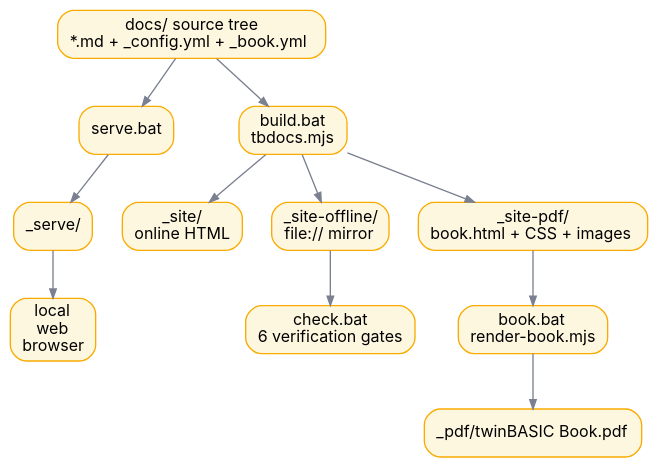
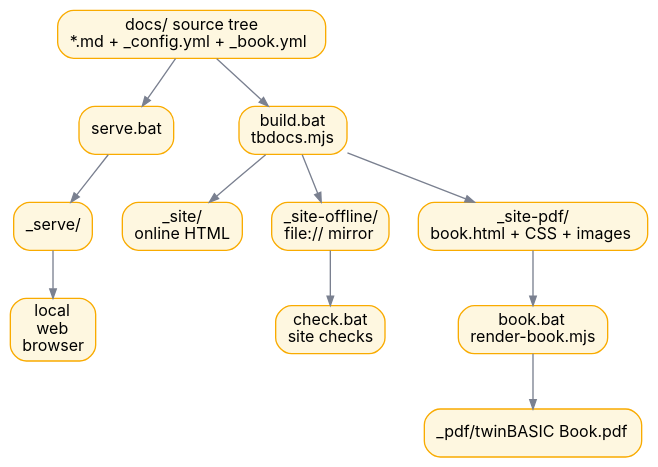
Before and after one commit to twinbasic/documentation: the diagram in docs/assets/images/dot/toolchain-overview.dot, drawn with Graphviz. The commit also changed 7 other files, not shown here.

Commit message:
Nav: IDE moves up to nav_order 9 and Documentation Development to the end; the toolchain diagram's boxes link to their tool entries and sections; every link in the Tools map has a tooltip saying what the tool or group does; a linked diagram's boxes carry tooltips (Authoring.md, WIP.md)

```diff
--- a/docs/assets/images/dot/toolchain-overview.dot
+++ b/docs/assets/images/dot/toolchain-overview.dot
@@ -1,41 +1,63 @@
 // High-level view of the documentation toolchain: source tree → build/serve
 // → output trees → check/book pipelines.
+//
+// Every node but the browser is a link, set in the block at the end so the
+// layout above stays readable: a wrapper to its entry on the Tools page, a
+// tree to the section that explains it. The URLs are relative to the
+// Documentation Development landing page, /Documentation/Development/,
+// which inlines this diagram; the build's link check reports one
+// whose target has gone. The nodes are declared in reading order, the order
+// a reader and the Tab key take the links in.
 
 digraph toolchain {
     rankdir=TB
     bgcolor="transparent"
     nodesep=0.3
     ranksep=0.5
     splines=true
+    outputorder=nodesfirst
 
     node [
         shape=box
         style="rounded,filled"
         fontname="Inter,system-ui,-apple-system,Segoe UI,sans-serif"
         fontsize=12
         margin="0.12,0.06"
         fillcolor="#fef7e0"
         color="#f9ab00"
     ]
     edge [color="#7a8090" arrowsize=0.7]
 
     SRC     [label=<docs/ source tree<BR/>*.md + _config.yml + _book.yml>]
     SERVE   [label=<serve.bat>]
     SERVED  [label=<_serve/>]
     BROWSER [label=<local<BR/>web<BR/>browser>]
     BUILD   [label=<build.bat<BR/>tbdocs.mjs>]
     SITE    [label=<_site/<BR/>online HTML>]
     OFFLINE [label=<_site-offline/<BR/>file:// mirror>]
     PDFSRC  [label=<_site-pdf/<BR/>book.html + CSS + images>]
-    CHECK   [label=<check.bat<BR/>6 verification gates>]
+    CHECK   [label=<check.bat<BR/>site checks>]
     BOOK    [label=<book.bat<BR/>render-book.mjs>]
     PDF     [label=<_pdf/twinBASIC Book.pdf>]
 
     SRC -> SERVE -> SERVED -> BROWSER
     SRC -> BUILD
     BUILD -> SITE
     BUILD -> OFFLINE
     BUILD -> PDFSRC
     OFFLINE -> CHECK
     PDFSRC  -> BOOK -> PDF
+
+    // A tooltip on every node whose label breaks a line: Graphviz would
+    // otherwise copy the label, <BR/> and all, into the link's tooltip.
+    SRC     [URL="Authoring#where-content-lives" tooltip="docs/ source tree: *.md, _config.yml, _book.yml"]
+    SERVE   [URL="Tools#servebat"]
+    SERVED  [URL="Building#building-and-local-serving"]
+    BUILD   [URL="Tools#buildbat" tooltip="build.bat, tbdocs.mjs"]
+    SITE    [URL="Building#deploying-to-docstwinbasiccom" tooltip="_site/: online HTML"]
+    OFFLINE [URL="Building#why-not-file-urls" tooltip="_site-offline/: file:// mirror"]
+    PDFSRC  [URL="Book-Configuration" tooltip="_site-pdf/: book.html, CSS, images"]
+    CHECK   [URL="Tools#checkbat" tooltip="check.bat: site checks"]
+    BOOK    [URL="Tools#bookbat" tooltip="book.bat, render-book.mjs"]
+    PDF     [URL="PDF-Generation"]
 }
```
